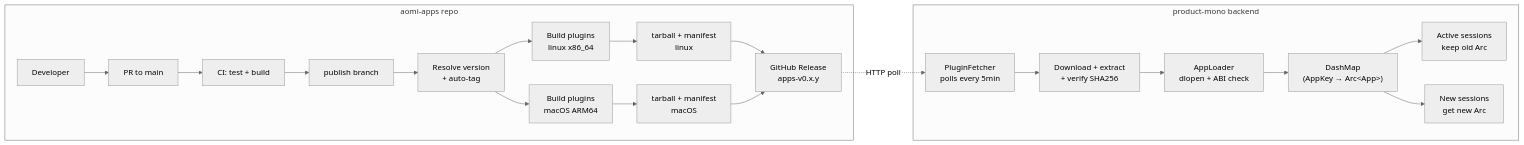
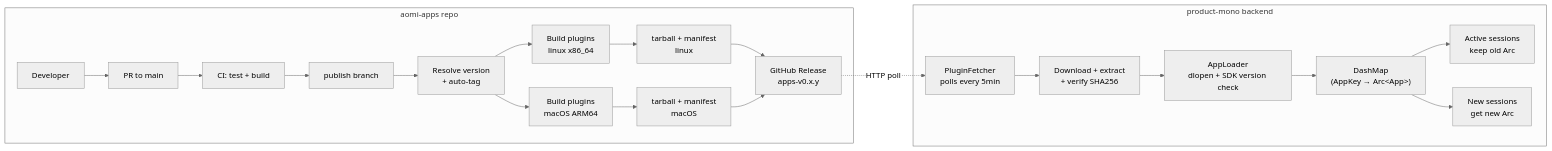
One commit to aomi-labs/aomi-sdk changed the first of 2 diagrams in README.md. Above: the diagram before and after it, drawn with Mermaid (neutral theme). The commit also changed other lines of this file and 10 other files, not shown here.

Commit message:
Replace ABI gate with SDK version matching

````diff
--- a/README.md
+++ b/README.md
@@ -91,34 +91,34 @@
 ```mermaid
 graph LR
     subgraph "aomi-apps repo"
         DEV[Developer]
         PR[PR to main]
         CI_CHECK[CI: test + build]
         PUBLISH[publish branch]
         RESOLVE[Resolve version<br/>+ auto-tag]
         BUILD_L[Build plugins<br/>linux x86_64]
         BUILD_M[Build plugins<br/>macOS ARM64]
         TARBALL_L[tarball + manifest<br/>linux]
         TARBALL_M[tarball + manifest<br/>macOS]
         RELEASE[GitHub Release<br/>apps-v0.x.y]
     end
 
     subgraph "product-mono backend"
         FETCHER[PluginFetcher<br/>polls every 5min]
         EXTRACT[Download + extract<br/>+ verify SHA256]
-        LOADER[AppLoader<br/>dlopen + ABI check]
+        LOADER[AppLoader<br/>dlopen + SDK version check]
         REGISTRY["DashMap<br/>(AppKey → Arc&lt;App&gt;)"]
         SESSIONS[Active sessions<br/>keep old Arc]
         NEW[New sessions<br/>get new Arc]
     end
 
     DEV --> PR --> CI_CHECK --> PUBLISH
     PUBLISH --> RESOLVE
     RESOLVE --> BUILD_L & BUILD_M
     BUILD_L --> TARBALL_L --> RELEASE
     BUILD_M --> TARBALL_M --> RELEASE
     RELEASE -.->|HTTP poll| FETCHER
     FETCHER --> EXTRACT --> LOADER --> REGISTRY
     REGISTRY --> SESSIONS
     REGISTRY --> NEW
 ```
````
